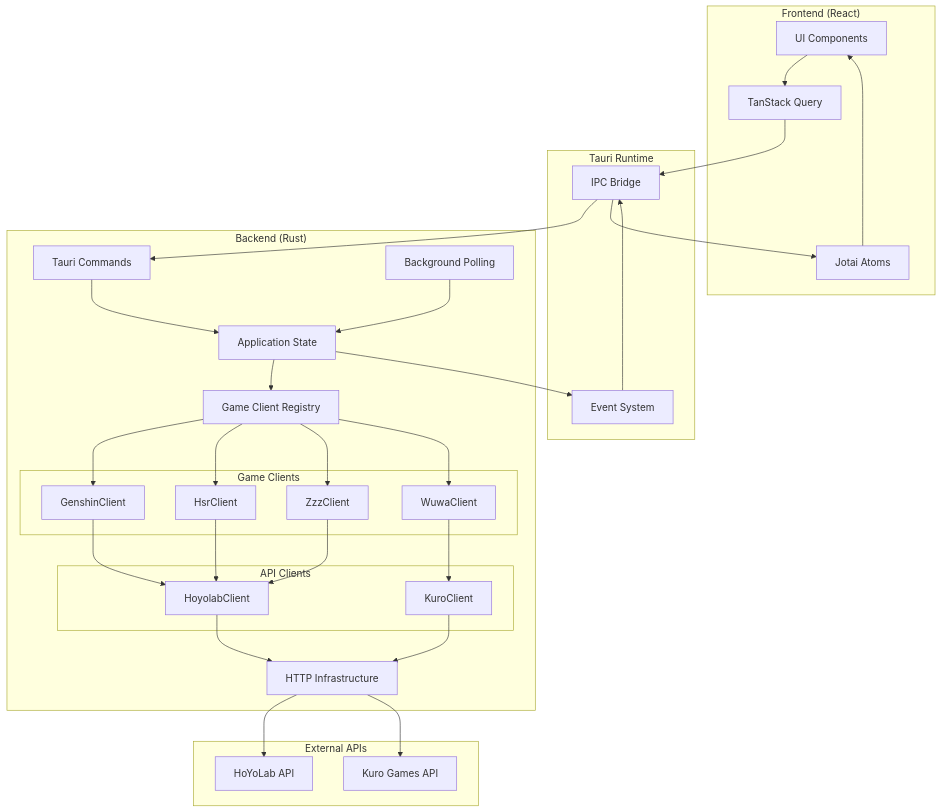
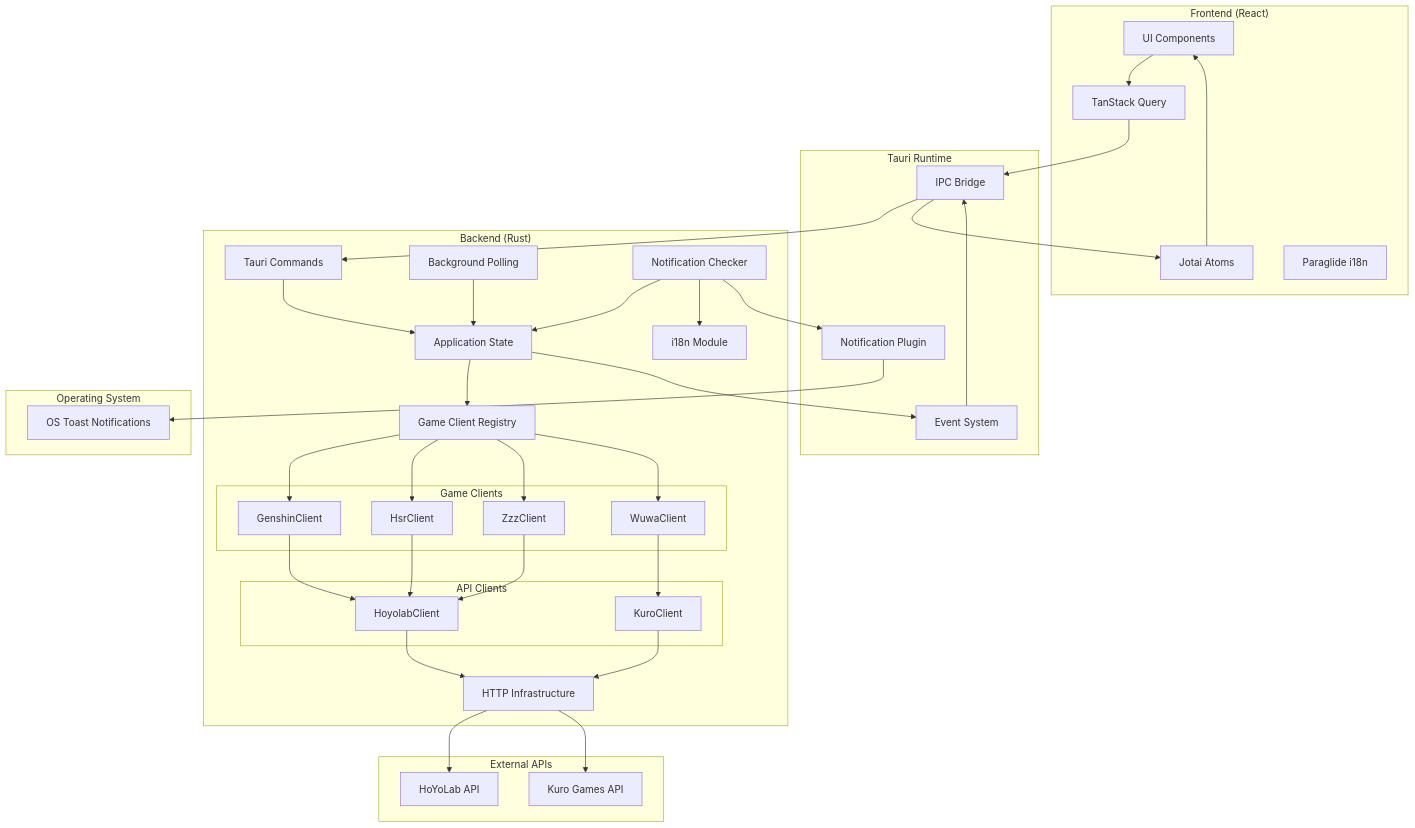
Before and after one commit to kvnxiao/storekeeper: the second of 2 diagrams in docs/architecture/01-overview.md, drawn with Mermaid. The commit also changed other lines of this file and 5 other files, not shown here.

````diff
--- a/docs/architecture/01-overview.md
+++ b/docs/architecture/01-overview.md
@@ -61,58 +61,71 @@
 ```mermaid
 graph TB
     subgraph Frontend["Frontend (React)"]
         UI[UI Components]
         Atoms[Jotai Atoms]
         Query[TanStack Query]
+        Paraglide[Paraglide i18n]
     end
 
     subgraph Tauri["Tauri Runtime"]
         IPC[IPC Bridge]
         Events[Event System]
+        Notify[Notification Plugin]
     end
 
     subgraph Backend["Backend (Rust)"]
         Commands[Tauri Commands]
         State[Application State]
         Registry[Game Client Registry]
         Polling[Background Polling]
+        NotifCheck[Notification Checker]
+        I18n[i18n Module]
 
         subgraph Games["Game Clients"]
             Genshin[GenshinClient]
             HSR[HsrClient]
             ZZZ[ZzzClient]
             Wuwa[WuwaClient]
         end
 
         subgraph APIClients["API Clients"]
             Hoyolab[HoyolabClient]
             Kuro[KuroClient]
         end
 
         HTTPInfra[HTTP Infrastructure]
     end
 
     subgraph External["External APIs"]
         HoyolabAPI[HoYoLab API]
         KuroAPI[Kuro Games API]
     end
 
+    subgraph OS["Operating System"]
+        Toast[OS Toast Notifications]
+    end
+
     UI --> Query
     Query --> IPC
     IPC --> Commands
     Commands --> State
     State --> Registry
     Registry --> Genshin & HSR & ZZZ & Wuwa
 
     Genshin & HSR & ZZZ --> Hoyolab
     Wuwa --> Kuro
 
     Hoyolab & Kuro --> HTTPInfra
     HTTPInfra --> HoyolabAPI & KuroAPI
 
     Polling --> State
     State --> Events
     Events --> IPC
     IPC --> Atoms
     Atoms --> UI
+
+    NotifCheck --> State
+    NotifCheck --> I18n
+    NotifCheck --> Notify
+    Notify --> Toast
 ```
````
